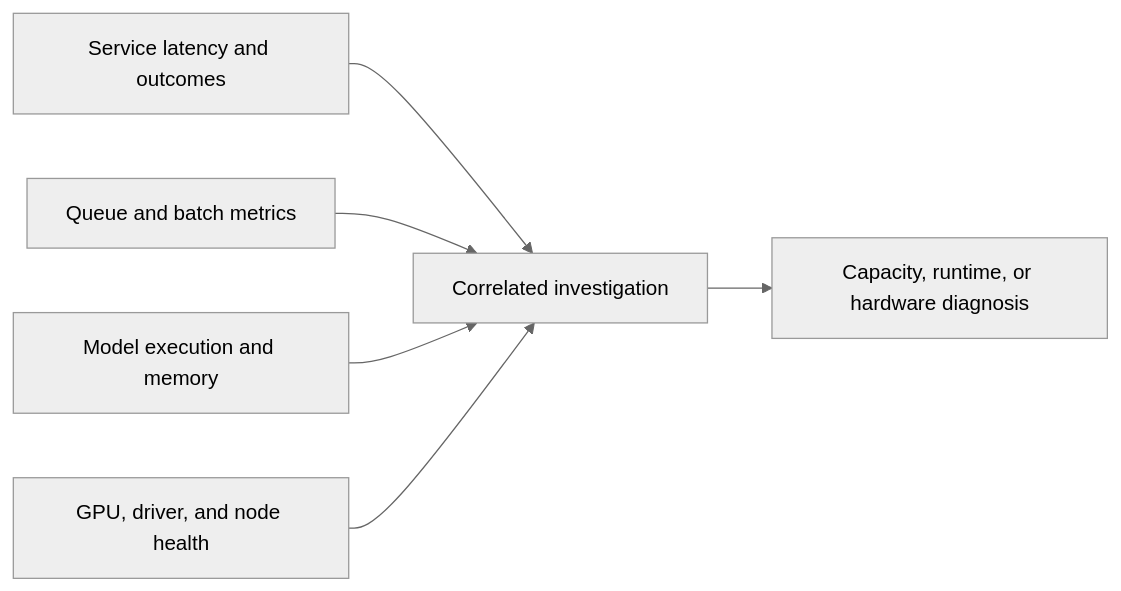
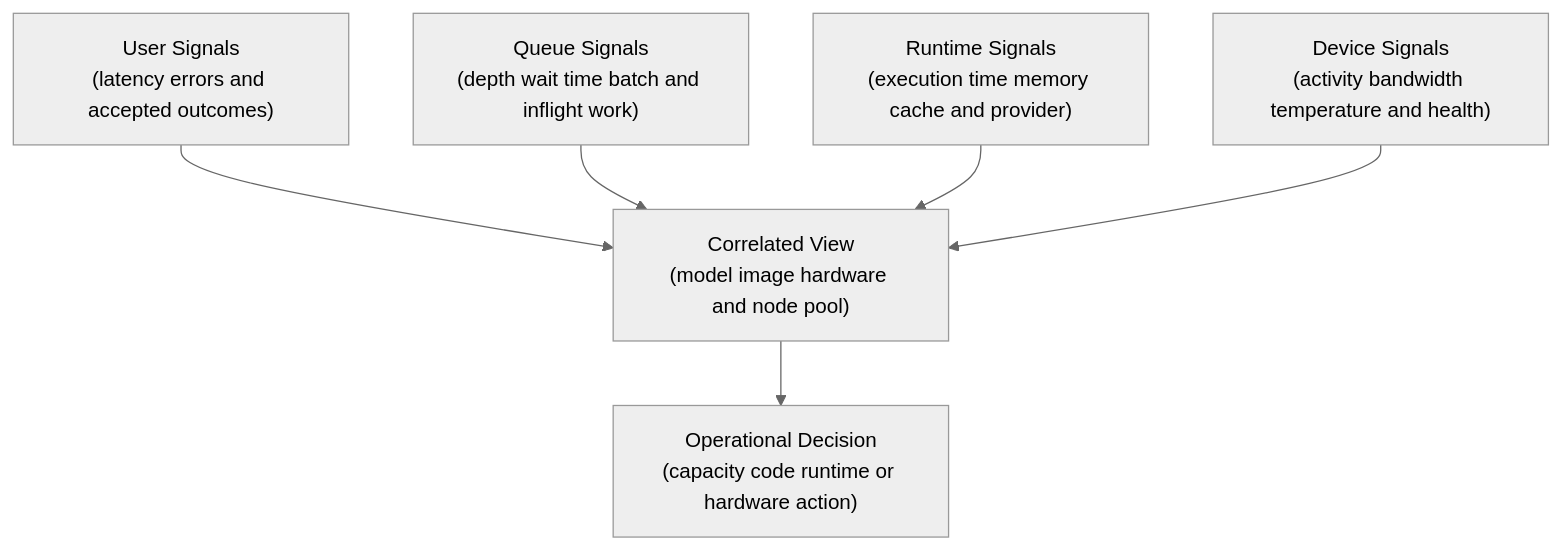
The seventh of 8 diagrams in roadmaps/mlops/modules/model-serving/serving-performance/03-gpu-inference-basics.md (senlinyy/dev-roadmaps), drawn with Mermaid (neutral theme) before and after one commit. The commit also changed other lines of this file and 152 other files, not shown here.

Commit message:
feat: mlops and diagrams updated

````diff
--- a/roadmaps/mlops/modules/model-serving/serving-performance/03-gpu-inference-basics.md
+++ b/roadmaps/mlops/modules/model-serving/serving-performance/03-gpu-inference-basics.md
@@ -158,8 +384,10 @@
 ```mermaid
-flowchart LR
-    A[Service latency and outcomes] --> E[Correlated investigation]
-    B[Queue and batch metrics] --> E
-    C[Model execution and memory] --> E
-    D[GPU, driver, and node health] --> E
-    E --> F[Capacity, runtime, or hardware diagnosis]
+flowchart TD
+    A["User Signals<br/>(latency errors and accepted outcomes)"] --> E["Correlated View<br/>(model image hardware and node pool)"]
+    B["Queue Signals<br/>(depth wait time batch and inflight work)"] --> E
+    C["Runtime Signals<br/>(execution time memory cache and provider)"] --> E
+    D["Device Signals<br/>(activity bandwidth temperature and health)"] --> E
+    E --> F["Operational Decision<br/>(capacity code runtime or hardware action)"]
+
+    class A,B,C,D signal; class E correlate; class F decision
 ```
````
